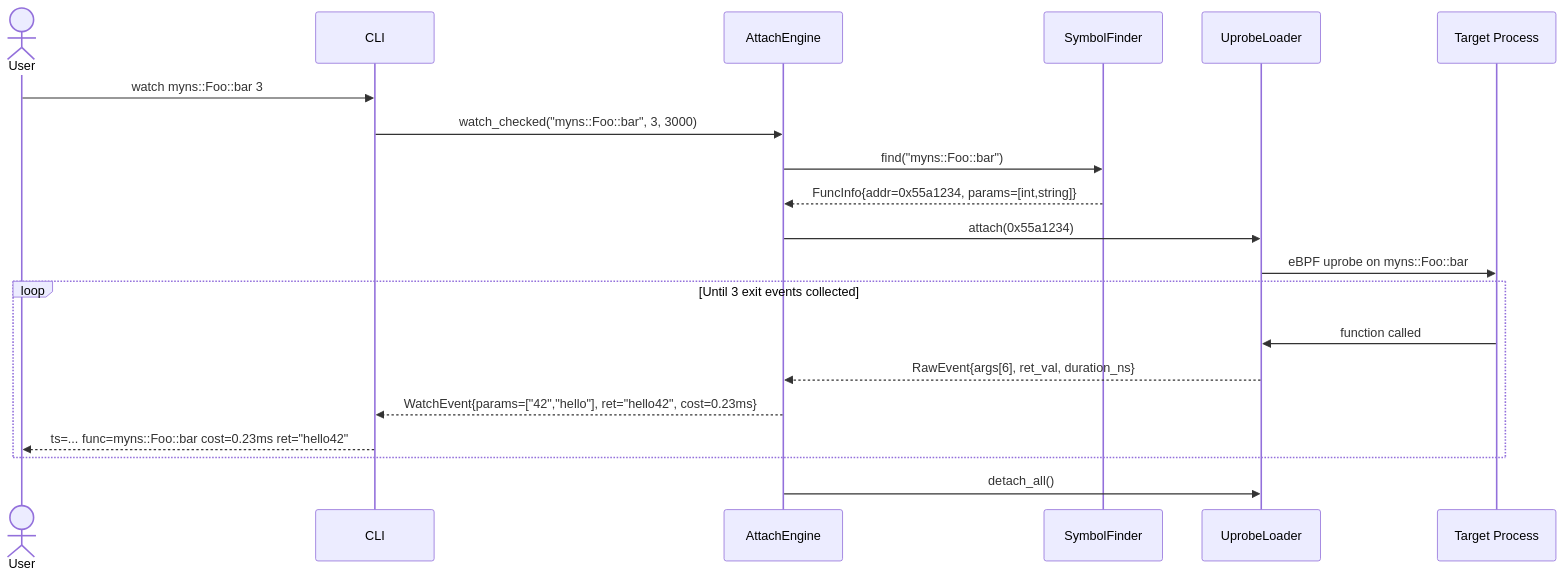
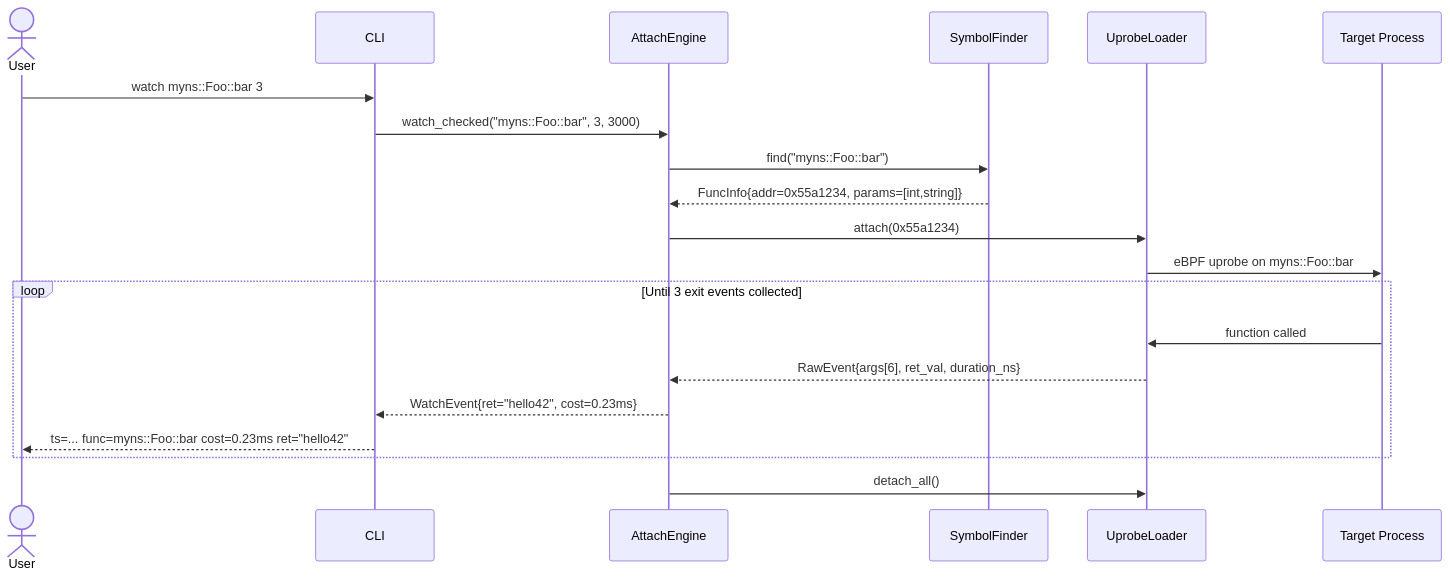
Before and after one commit to easyzoom/Uatu: the first of 2 diagrams in docs/architecture.md, drawn with Mermaid. The commit also changed other lines of this file and 6 other files, not shown here.

````diff
--- a/docs/architecture.md
+++ b/docs/architecture.md
@@ -284,27 +289,27 @@
 ```mermaid
 sequenceDiagram
     actor User
     participant CLI
     participant Engine as AttachEngine
     participant DWARF as SymbolFinder
     participant BPF as UprobeLoader
     participant Target as Target Process
 
     User->>CLI: watch myns::Foo::bar 3
     CLI->>Engine: watch_checked("myns::Foo::bar", 3, 3000)
     
     Engine->>DWARF: find("myns::Foo::bar")
     DWARF-->>Engine: FuncInfo{addr=0x55a1234, params=[int,string]}
     
     Engine->>BPF: attach(0x55a1234)
     BPF->>Target: eBPF uprobe on myns::Foo::bar
     
     loop Until 3 exit events collected
         Target->>BPF: function called
         BPF-->>Engine: RawEvent{args[6], ret_val, duration_ns}
-        Engine-->>CLI: WatchEvent{params=["42","hello"], ret="hello42", cost=0.23ms}
+        Engine-->>CLI: WatchEvent{ret="hello42", cost=0.23ms}
         CLI-->>User: ts=... func=myns::Foo::bar cost=0.23ms ret="hello42"
     end
     
     Engine->>BPF: detach_all()
 ```
````
